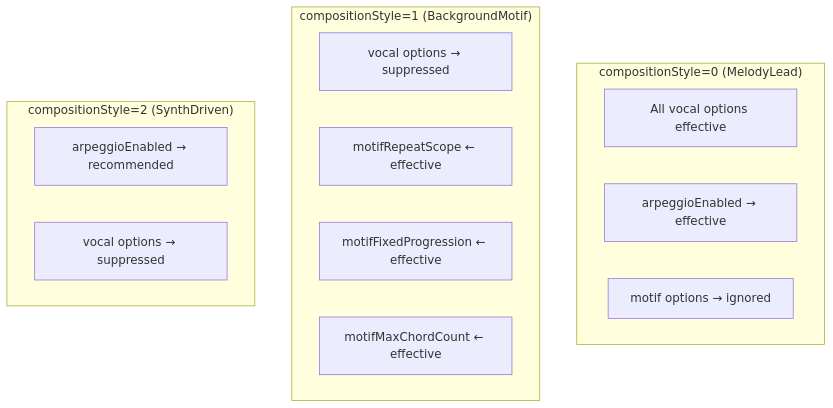
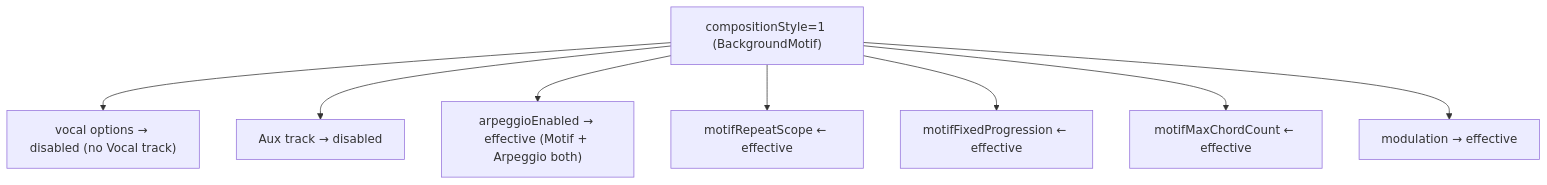
Before and after one commit to libraz/midi-sketch-homepage: the eighth of 10 diagrams in src/docs/option-relationships.md, drawn with Mermaid. The commit also changed other lines of this file and 16 other files, not shown here.

````diff
--- a/src/docs/option-relationships.md
+++ b/src/docs/option-relationships.md
@@ -138,20 +141,11 @@
 ```mermaid
 graph TD
-    subgraph MelodyLead["compositionStyle=0 (MelodyLead)"]
-        ML1["All vocal options effective"]
-        ML2["arpeggioEnabled → effective"]
-        ML3["motif options → ignored"]
-    end
-
-    subgraph BackgroundMotif["compositionStyle=1 (BackgroundMotif)"]
-        BM1["vocal options → suppressed"]
-        BM2["motifRepeatScope ← effective"]
-        BM3["motifFixedProgression ← effective"]
-        BM4["motifMaxChordCount ← effective"]
-    end
-
-    subgraph SynthDriven["compositionStyle=2 (SynthDriven)"]
-        SD1["arpeggioEnabled → recommended"]
-        SD2["vocal options → suppressed"]
-    end
+    BM["compositionStyle=1 (BackgroundMotif)"]
+    BM --> BM1["vocal options → disabled (no Vocal track)"]
+    BM --> BM2["Aux track → disabled"]
+    BM --> BM3["arpeggioEnabled → effective (Motif + Arpeggio both)"]
+    BM --> BM4["motifRepeatScope ← effective"]
+    BM --> BM5["motifFixedProgression ← effective"]
+    BM --> BM6["motifMaxChordCount ← effective"]
+    BM --> BM7["modulation → effective"]
 ```
````
